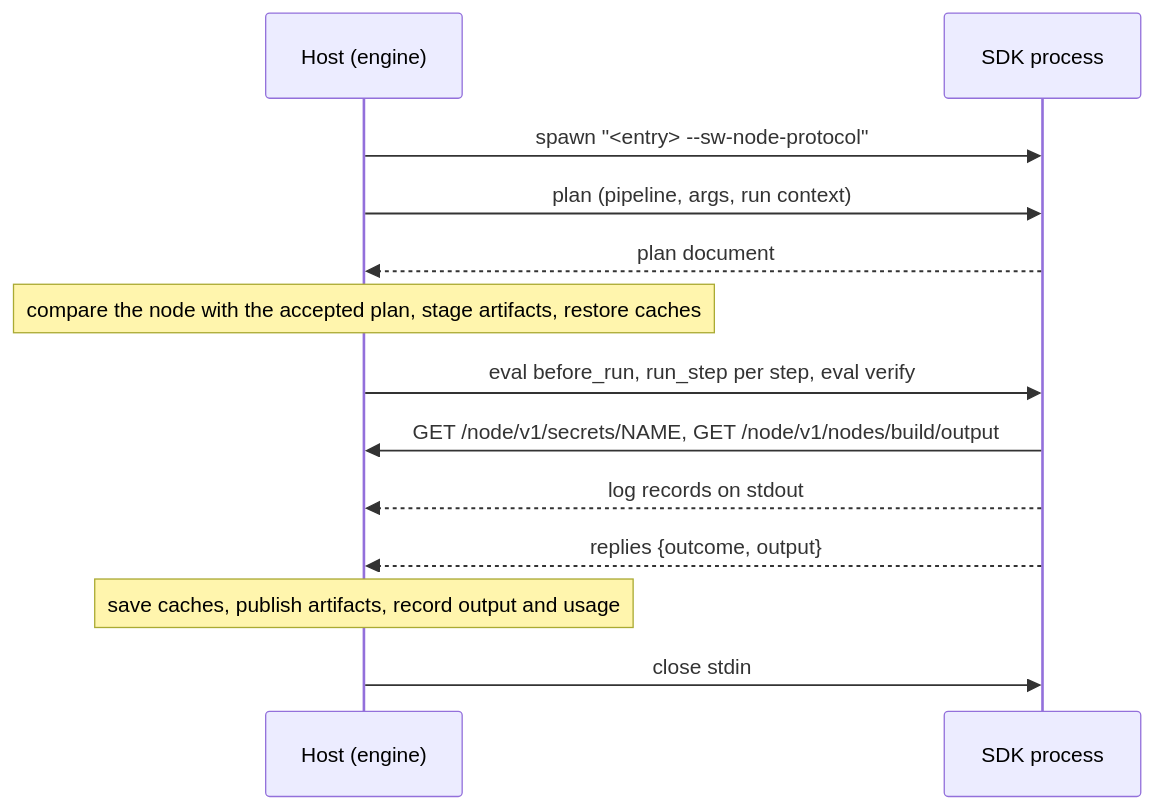
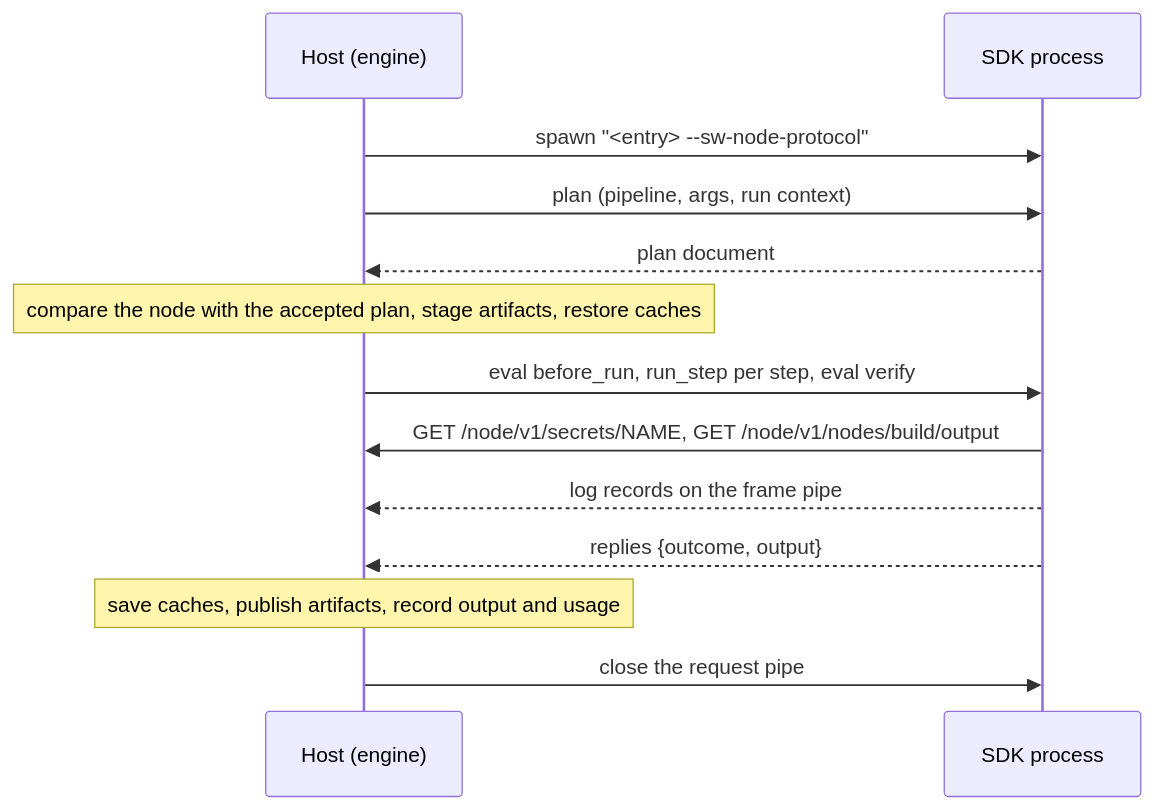
Before and after one commit to sparkwing-dev/sparkwing: the diagram in docs/node-protocol.md, drawn with Mermaid. The commit also changed other lines of this file and 7 other files, not shown here.

````diff
--- a/docs/node-protocol.md
+++ b/docs/node-protocol.md
@@ -19,15 +19,15 @@
 ```mermaid
 sequenceDiagram
   participant H as Host (engine)
   participant P as SDK process
   H->>P: spawn "<entry> --sw-node-protocol"
   H->>P: plan (pipeline, args, run context)
   P-->>H: plan document
   Note over H: compare the node with the accepted plan, stage artifacts, restore caches
   H->>P: eval before_run, run_step per step, eval verify
   P->>H: GET /node/v1/secrets/NAME, GET /node/v1/nodes/build/output
-  P-->>H: log records on stdout
+  P-->>H: log records on the frame pipe
   P-->>H: replies {outcome, output}
   Note over H: save caches, publish artifacts, record output and usage
-  H->>P: close stdin
+  H->>P: close the request pipe
 ```
````
